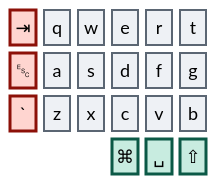
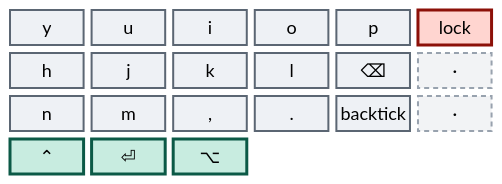
Before and after one commit to abloch/zmk-corne: the third of 9 diagrams in 32-keys.he.md, drawn with Mermaid. The commit also changed other lines of this file and 4 other files, not shown here.

````diff
--- a/32-keys.he.md
+++ b/32-keys.he.md
@@ -65,18 +69,20 @@
 ```mermaid
 %%{init: {'theme':'base','themeVariables':{'primaryColor':'#eef1f5','primaryTextColor':'#0b0f14','primaryBorderColor':'#5b6673','nodeTextColor':'#0b0f14','textColor':'#0b0f14','mainBkg':'#eef1f5','fontSize':'18px'}}}%%
 block
 columns 6
 
-  tab["⇥"] q w e r t
-  esc["␛"] a s d f g
-  grav[" `"] z x c v b
-  space:3 cmd["⌘"] spc["␣"] shft["⇧"]
+  y u i o p lock["lock"]
+  h j k l bspc["⌫"] x2["·"]
+  n m comma[","] dot["."] grav["backtick"] x3["·"]
+  ctrl["⌃"] entr["⏎"] alt["⌥"] space:3
 
   classDef doomed fill:#ffd5d0,stroke:#8c1008,stroke-width:3px,color:#3d0603
+  classDef dead fill:#f2f3f5,stroke:#98a2ae,stroke-width:2px,stroke-dasharray:5 4,color:#5b6673
   classDef core fill:#eef1f5,stroke:#5b6673,stroke-width:2px,color:#0b0f14
   classDef thumb fill:#c8ece0,stroke:#0b5946,stroke-width:3px,color:#06241c
 
-  class tab,esc,grav doomed
-  class q,w,e,r,t,a,s,d,f,g,z,x,c,v,b core
-  class cmd,spc,shft thumb
+  class lock doomed
+  class x2,x3 dead
+  class y,u,i,o,p,h,j,k,l,bspc,n,m,comma,dot,grav core
+  class ctrl,entr,alt thumb
 ```
````
